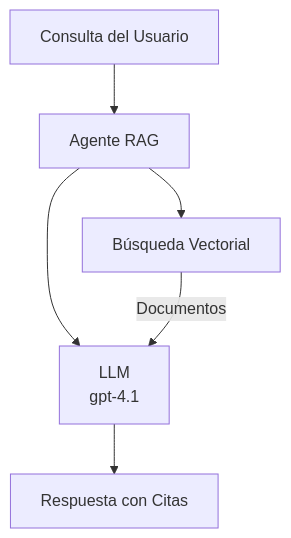
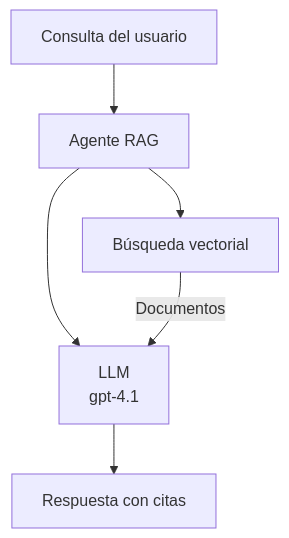
One commit to microsoft/AZD-for-beginners changed the second of 3 diagrams in translations/es/docs/chapter-02-ai-development/agents.md. Above: the diagram before and after it, drawn with Mermaid. The commit also changed other lines of this file and 99 other files, not shown here.

````diff
--- a/translations/es/docs/chapter-02-ai-development/agents.md
+++ b/translations/es/docs/chapter-02-ai-development/agents.md
@@ -170,8 +175,8 @@
 ```mermaid
 graph TD
-    Query[Consulta del Usuario] --> RAG[Agente RAG]
-    RAG --> Vector[Búsqueda Vectorial]
+    Query[Consulta del usuario] --> RAG[Agente RAG]
+    RAG --> Vector[Búsqueda vectorial]
     RAG --> LLM[LLM<br/>gpt-4.1]
     Vector -- Documentos --> LLM
-    LLM --> Response[Respuesta con Citas]
+    LLM --> Response[Respuesta con citas]
 ```
````
